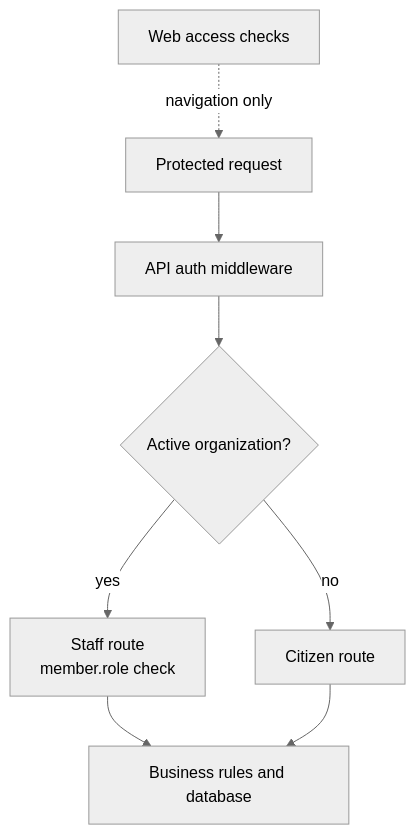
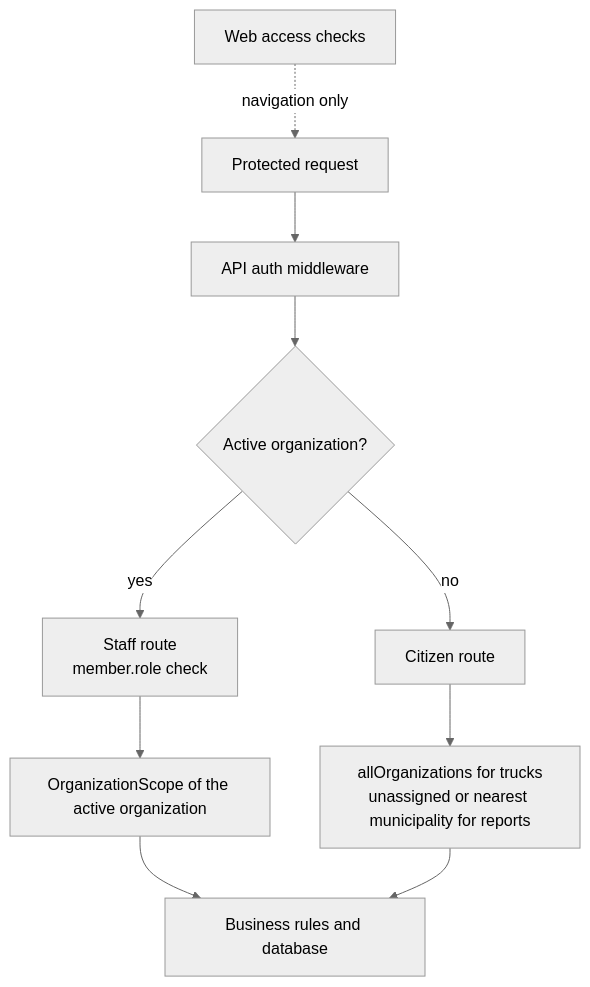
The second of 2 diagrams in ARCHITECTURE.md (empiricalhq/lima-limpia), drawn with Mermaid (neutral theme) before and after one commit. The commit also changed other lines of this file and 5 other files, not shown here.

````diff
--- a/ARCHITECTURE.md
+++ b/ARCHITECTURE.md
@@ -204,10 +261,12 @@
 ```mermaid
 flowchart TD
     request[Protected request] --> apiAuth[API auth middleware]
     apiAuth --> organization{Active organization?}
     organization -->|yes| staff[Staff route<br/>member.role check]
     organization -->|no| citizen[Citizen route]
-    staff --> rules[Business rules and database]
-    citizen --> rules
+    staff --> scope[OrganizationScope of the active organization]
+    citizen --> global[allOrganizations for trucks<br/>unassigned or nearest municipality for reports]
+    scope --> rules[Business rules and database]
+    global --> rules
     webCheck[Web access checks] -. navigation only .-> request
 ```
````
